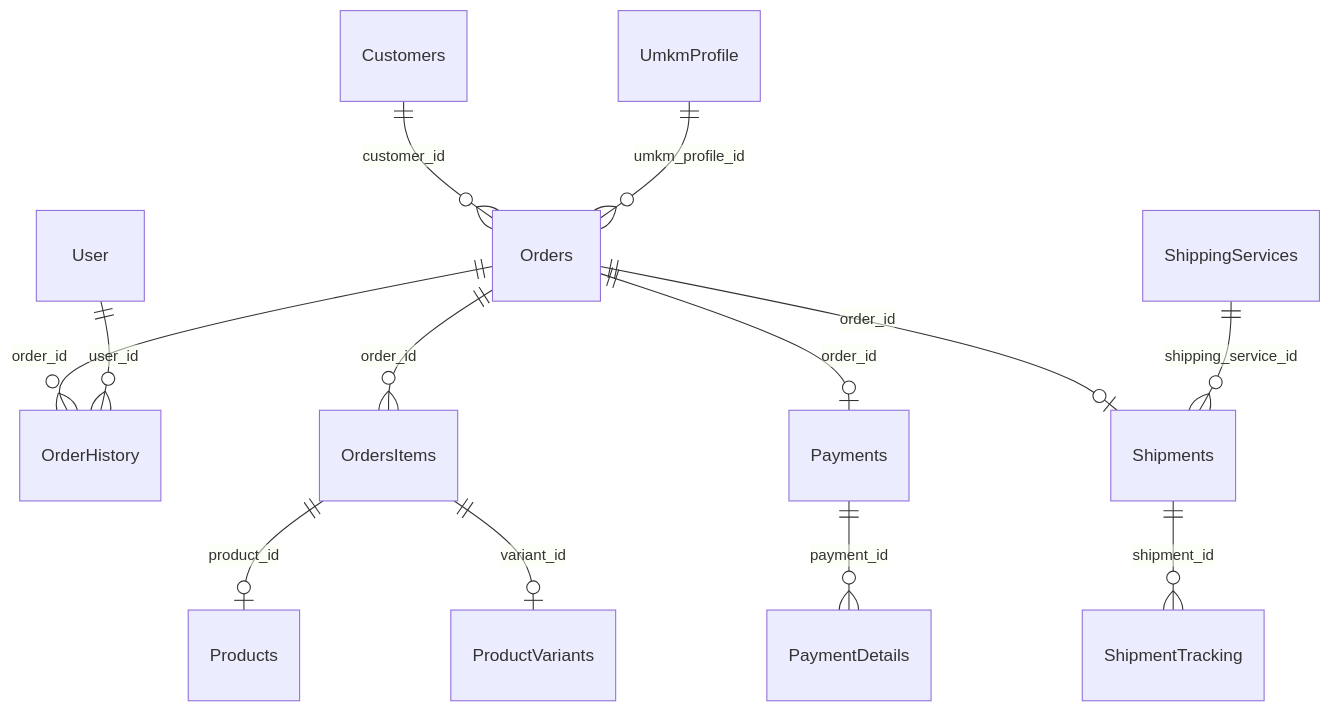
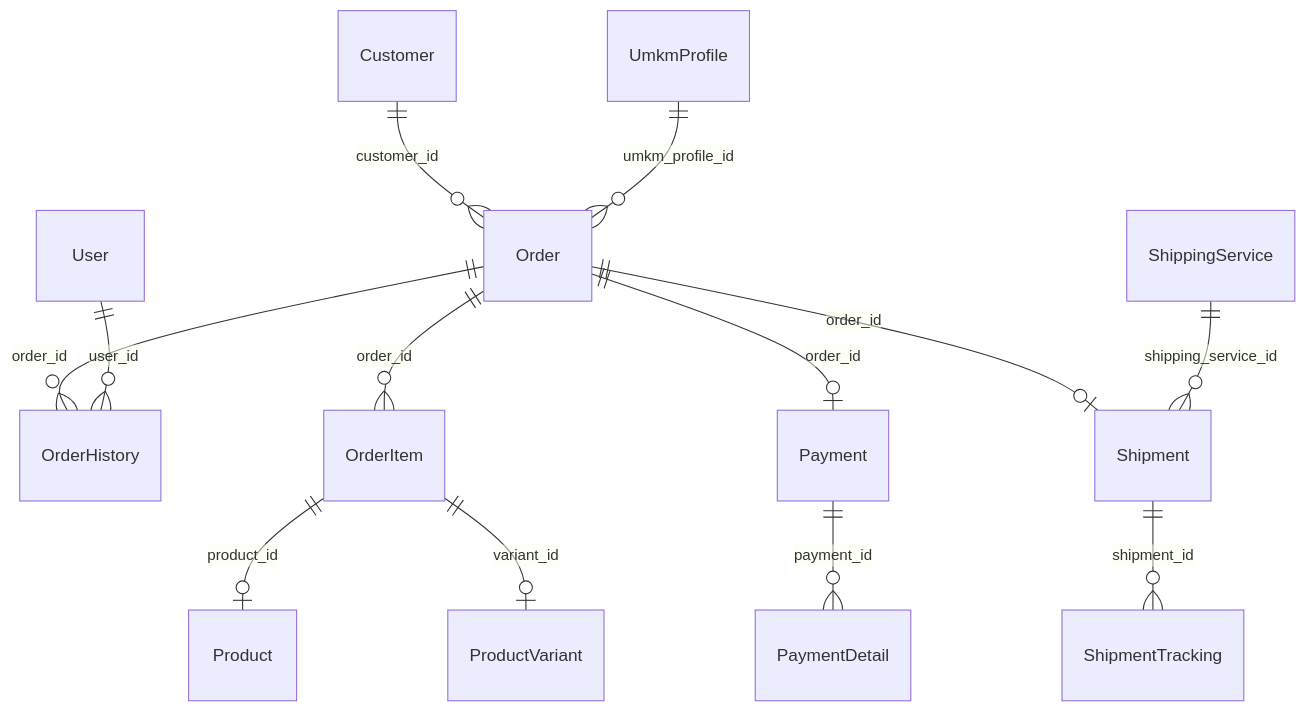
The fourth of 4 diagrams in diagram_relasi_model.md (JarJel/BUMDESMart), drawn with Mermaid before and after one commit. The commit also changed other lines of this file and 29 other files, not shown here.

````diff
--- a/diagram_relasi_model.md
+++ b/diagram_relasi_model.md
@@ -113,19 +113,19 @@
 ```mermaid
 erDiagram
-    Customers ||--o{ Orders : "customer_id"
-    UmkmProfile ||--o{ Orders : "umkm_profile_id"
+    Customer ||--o{ Order : "customer_id"
+    UmkmProfile ||--o{ Order : "umkm_profile_id"
     
-    Orders ||--o{ OrderHistory : "order_id"
+    Order ||--o{ OrderHistory : "order_id"
     User ||--o{ OrderHistory : "user_id"
     
-    Orders ||--o{ OrdersItems : "order_id"
-    OrdersItems ||--o| Products : "product_id"
-    OrdersItems ||--o| ProductVariants : "variant_id"
+    Order ||--o{ OrderItem : "order_id"
+    OrderItem ||--o| Product : "product_id"
+    OrderItem ||--o| ProductVariant : "variant_id"
     
-    Orders ||--o| Payments : "order_id"
-    Payments ||--o{ PaymentDetails : "payment_id"
+    Order ||--o| Payment : "order_id"
+    Payment ||--o{ PaymentDetail : "payment_id"
     
-    Orders ||--o| Shipments : "order_id"
-    ShippingServices ||--o{ Shipments : "shipping_service_id"
-    Shipments ||--o{ ShipmentTracking : "shipment_id"
+    Order ||--o| Shipment : "order_id"
+    ShippingService ||--o{ Shipment : "shipping_service_id"
+    Shipment ||--o{ ShipmentTracking : "shipment_id"
 ```
````
